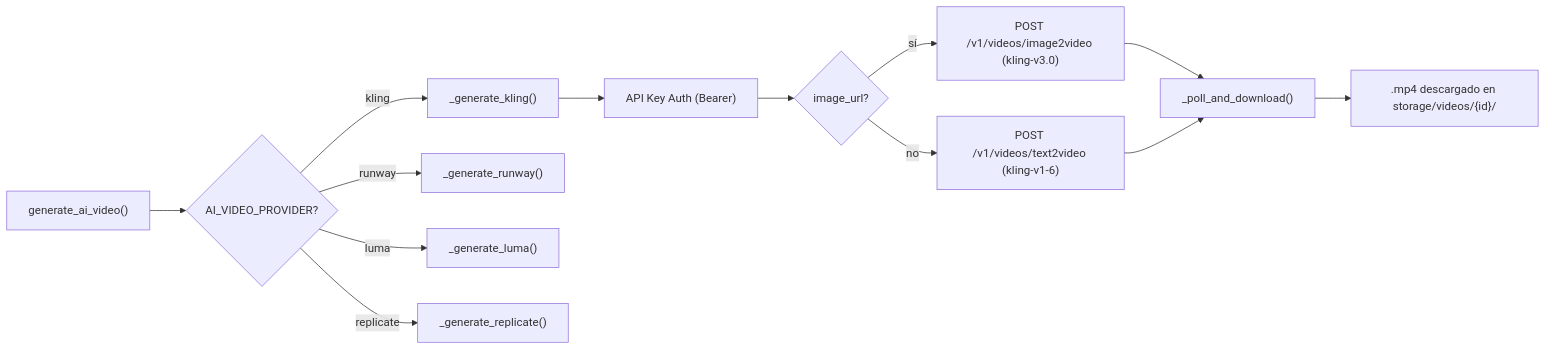
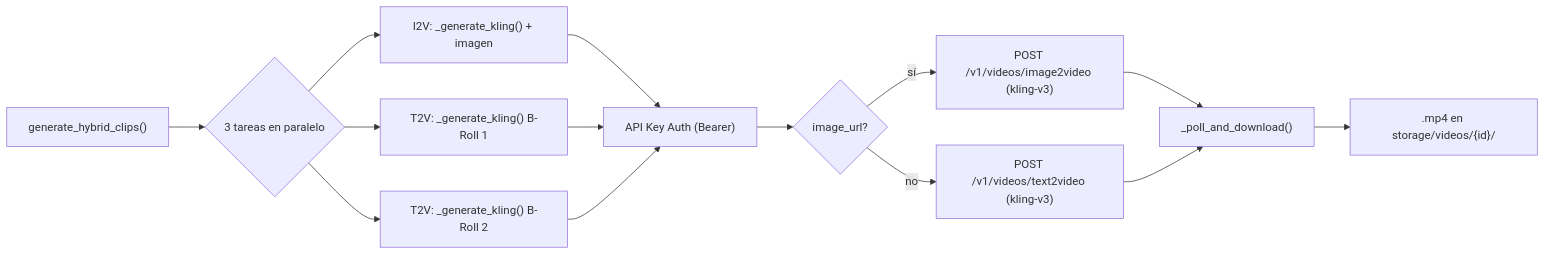
Before and after one commit to facusm/affiliate_marketing_bot: the third of 4 diagrams in workflow.md, drawn with Mermaid. The commit also changed other lines of this file and 9 other files, not shown here.

````diff
--- a/workflow.md
+++ b/workflow.md
@@ -351,16 +353,18 @@
 ```mermaid
 flowchart LR
-    A["generate_ai_video()"] --> B{"AI_VIDEO_PROVIDER?"}
-    B -->|"kling"| C["_generate_kling()"]
-    B -->|"runway"| D["_generate_runway()"]
-    B -->|"luma"| E["_generate_luma()"]
-    B -->|"replicate"| F["_generate_replicate()"]
+    A["generate_hybrid_clips()"] --> B{"3 tareas en paralelo"}
+    B --> C["I2V: _generate_kling() + imagen"]
+    B --> D["T2V: _generate_kling() B-Roll 1"]
+    B --> E["T2V: _generate_kling() B-Roll 2"]
     
-    C --> G["API Key Auth (Bearer)"]
-    G --> H{"image_url?"}
-    H -->|"sí"| I["POST /v1/videos/image2video (kling-v3.0)"]
-    H -->|"no"| J["POST /v1/videos/text2video (kling-v1-6)"]
-    I --> K["_poll_and_download()"]
-    J --> K
-    K --> L[".mp4 descargado en storage/videos/{id}/"]
+    C --> F["API Key Auth (Bearer)"]
+    D --> F
+    E --> F
+    
+    F --> G{"image_url?"}
+    G -->|"sí"| H["POST /v1/videos/image2video (kling-v3)"]
+    G -->|"no"| I["POST /v1/videos/text2video (kling-v3)"]
+    H --> J["_poll_and_download()"]
+    I --> J
+    J --> K[".mp4 en storage/videos/{id}/"]
 ```
````
